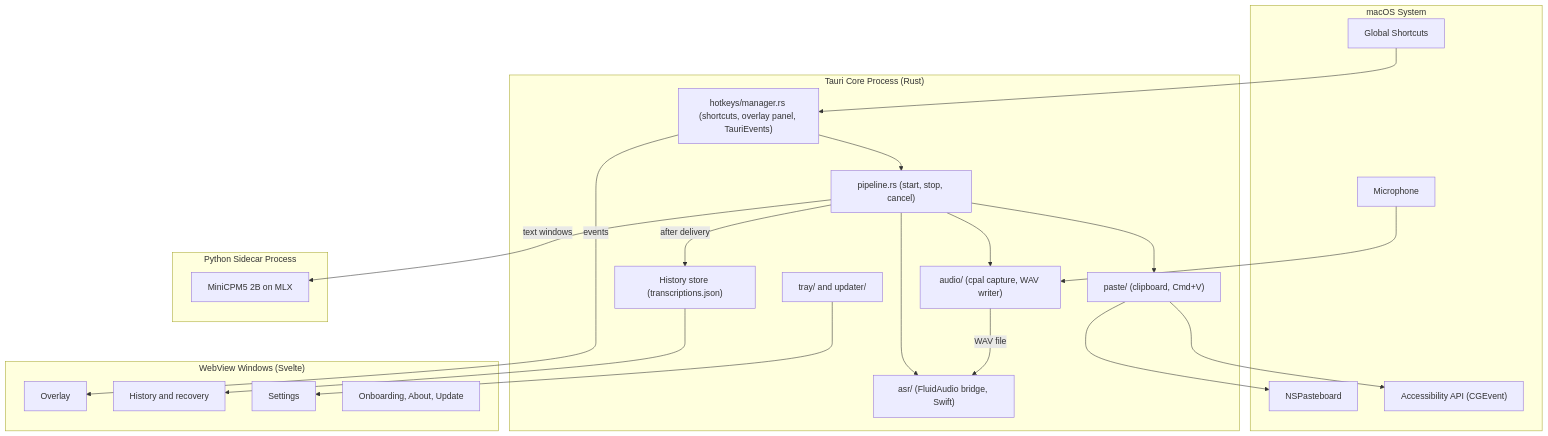
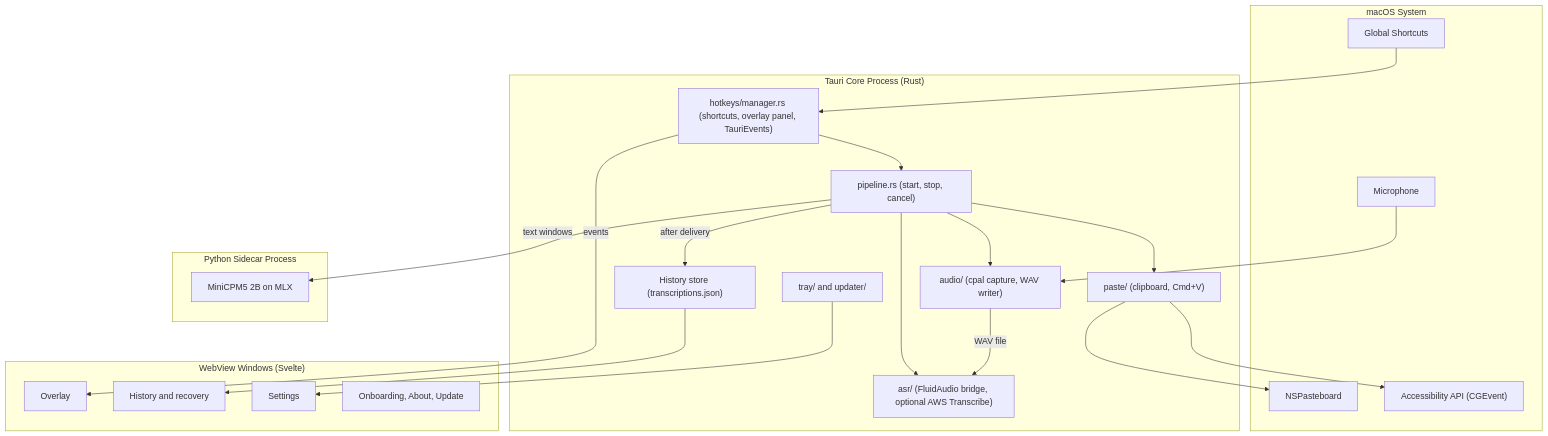
One commit to juanqui/sottoasr changed the first of 5 diagrams in docs/designs/architecture.md. Above: the diagram before and after it, drawn with Mermaid. The commit also changed other lines of this file and 52 other files, not shown here.

````diff
--- a/docs/designs/architecture.md
+++ b/docs/designs/architecture.md
@@ -83,45 +83,45 @@
 ```mermaid
 flowchart TB
     subgraph macOS["macOS System"]
         HK["Global Shortcuts"]
         MIC["Microphone"]
         CB["NSPasteboard"]
         AX["Accessibility API (CGEvent)"]
     end
 
     subgraph Core["Tauri Core Process (Rust)"]
         HM["hotkeys/manager.rs (shortcuts, overlay panel, TauriEvents)"]
         PL["pipeline.rs (start, stop, cancel)"]
         AR["audio/ (cpal capture, WAV writer)"]
-        ASR["asr/ (FluidAudio bridge, Swift)"]
+        ASR["asr/ (FluidAudio bridge, optional AWS Transcribe)"]
         PM["paste/ (clipboard, Cmd+V)"]
         TH["History store (transcriptions.json)"]
         TM["tray/ and updater/"]
     end
 
     subgraph Sidecar["Python Sidecar Process"]
         LLM["MiniCPM5 2B on MLX"]
     end
 
     subgraph WebView["WebView Windows (Svelte)"]
         OV["Overlay"]
         HV["History and recovery"]
         SV["Settings"]
         ON["Onboarding, About, Update"]
     end
 
     HK --> HM
     HM --> PL
     MIC --> AR
     PL --> AR
     AR -->|WAV file| ASR
     PL --> ASR
     PL -->|text windows| LLM
     PL --> PM
     PM --> CB
     PM --> AX
     PL -->|after delivery| TH
     HM -->|events| OV
     TH --> HV
     TM --> SV
 ```
````
